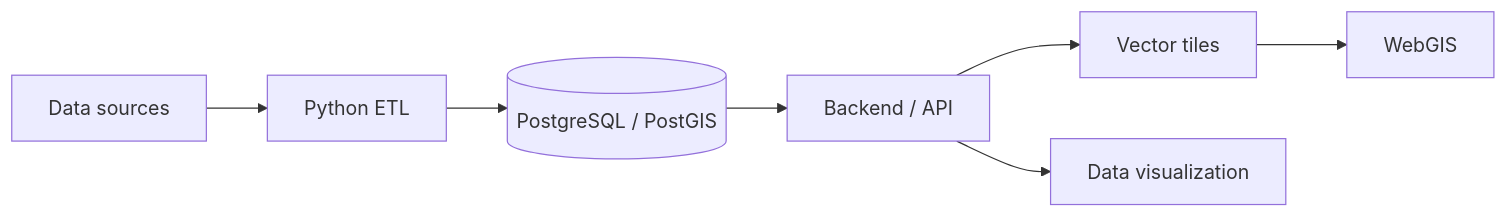
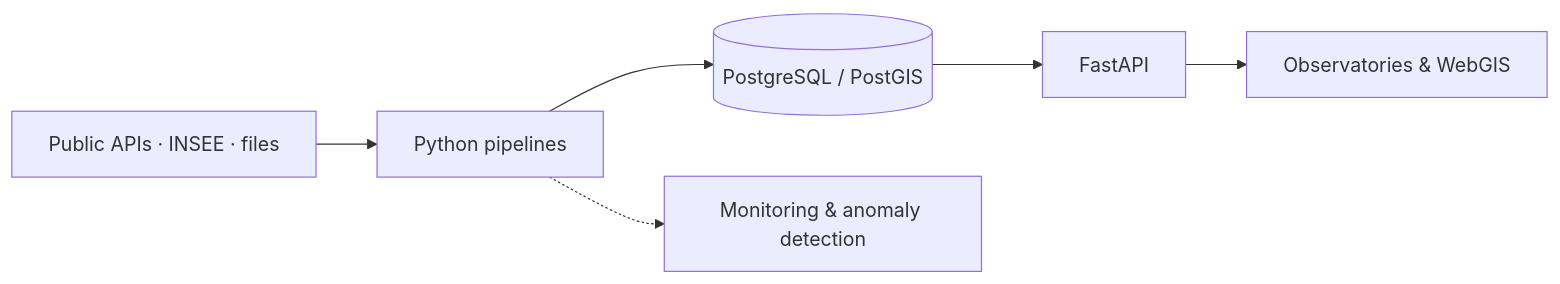
One commit to Yanis1650/Yanis1650 changed the diagram in README.md. Above: the diagram before and after it, drawn with Mermaid. The commit also changed other lines of this file, not shown here.

````diff
--- a/README.md
+++ b/README.md
@@ -22,9 +34,8 @@
 ```mermaid
 flowchart LR
-    A[Data sources] --> B[Python ETL]
+    A[Public APIs · INSEE · files] --> B[Python pipelines]
     B --> C[(PostgreSQL / PostGIS)]
-    C --> D[Backend / API]
-    D --> E[Vector tiles]
-    D --> F[Data visualization]
-    E --> G[WebGIS]
+    B -.-> M[Monitoring & anomaly detection]
+    C --> D[FastAPI]
+    D --> E[Observatories & WebGIS]
 ```
````
